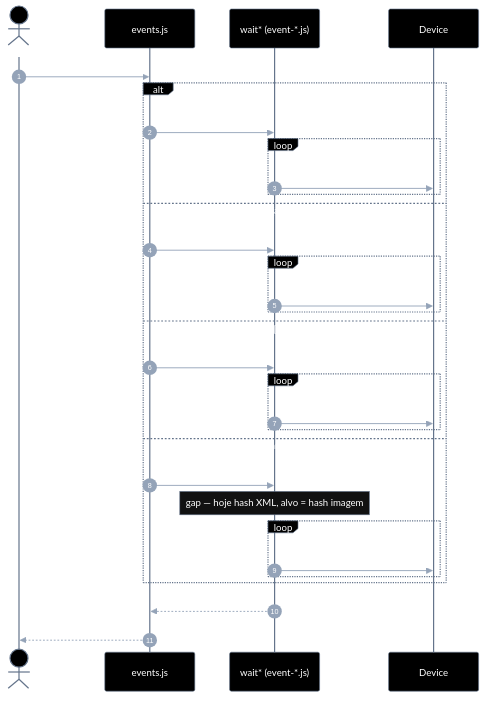
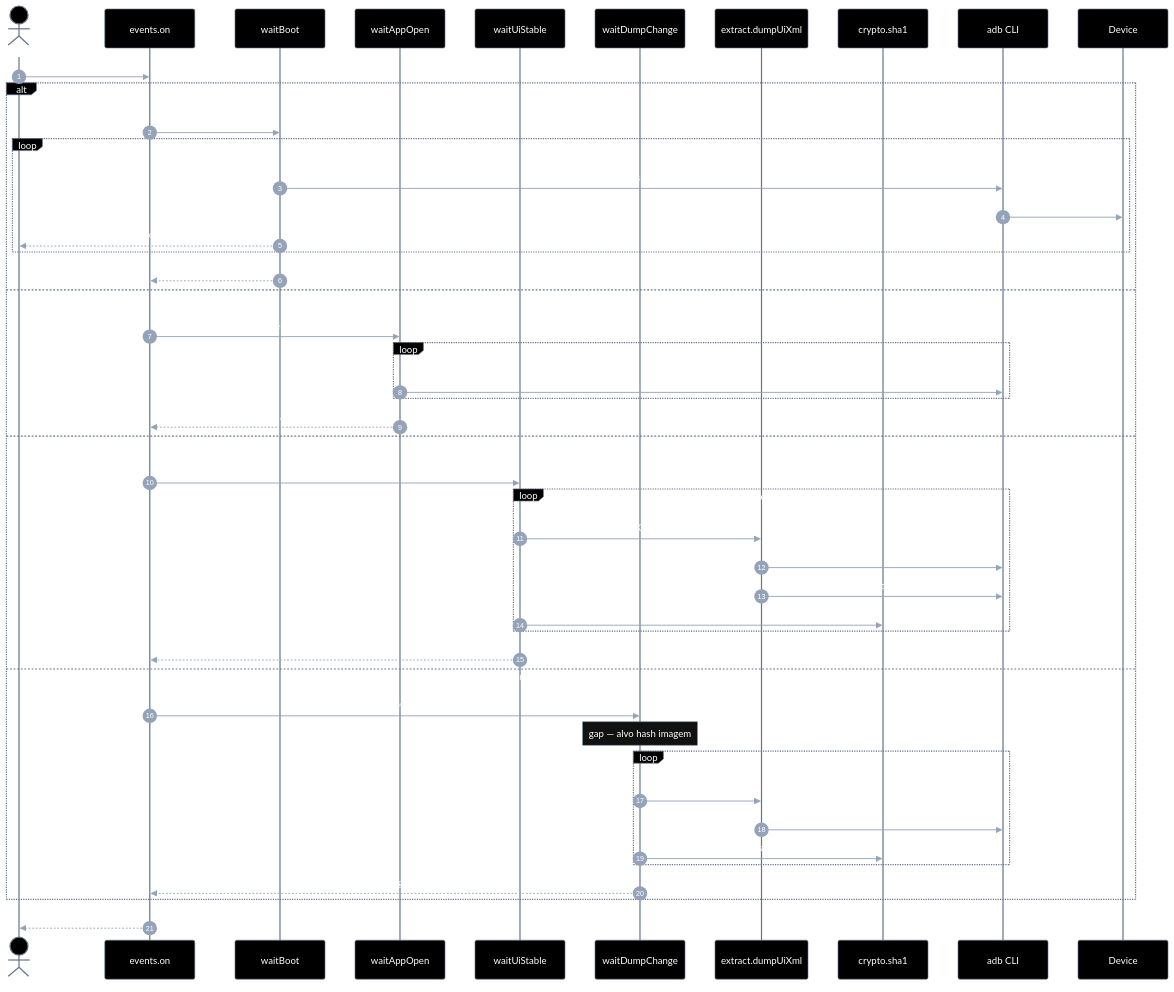
One commit to laerciogermano/workstation changed the fourth of 10 diagrams in screen-robot/arquitetura.md. Above: the diagram before and after it, drawn with Mermaid. The commit also changed other lines of this file, not shown here.

````diff
--- a/screen-robot/arquitetura.md
+++ b/screen-robot/arquitetura.md
@@ -468,59 +512,74 @@
 ```mermaid
 ---
 config:
   theme: base
   themeVariables:
     darkMode: true
     background: '#000000'
     primaryColor: '#000000'
     primaryTextColor: '#ffffff'
     primaryBorderColor: '#64748b'
     lineColor: '#64748b'
     textColor: '#ffffff'
     mainBkg: '#000000'
     actorBkg: '#000000'
     actorBorder: '#64748b'
     actorTextColor: '#ffffff'
     signalColor: '#94a3b8'
     signalTextColor: '#ffffff'
     noteBorderColor: '#64748b'
     noteBkgColor: '#111111'
     noteTextColor: '#ffffff'
-    activationBorderColor: '#64748b'
-    activationBkgColor: '#1a1a1a'
     sequenceNumberColor: '#ffffff'
     loopTextColor: '#ffffff'
 ---
 sequenceDiagram
   autonumber
   actor Caller
-  participant E as events.js
-  participant W as wait* (event-*.js)
-  participant D as Device
+  participant E as events.on
+  participant WB as waitBoot
+  participant WA as waitAppOpen
+  participant WS as waitUiStable
+  participant WD as waitDumpChange
+  participant Dump as extract.dumpUiXml
+  participant Hash as crypto.sha1
+  participant ADB as adb CLI
+  participant Dev as Device
 
   Caller->>E: on({ serial, event, … })
+
   alt boot
-    E->>W: waitBoot
+    E->>WB: waitBoot(serial, opts)
     loop poll
-      W->>D: sys.boot_completed
+      WB->>ADB: shell getprop sys.boot_completed
+      ADB->>Dev: getprop
+      WB-->>Caller: onEvent boot_poll (opc)
     end
+    WB-->>E: { boot:true }
   else app_open
-    E->>W: waitAppOpen
+    E->>WA: waitAppOpen(serial, { pkg, … })
     loop poll
-      W->>D: pidof pkg
+      WA->>ADB: shell pidof pkg (adbOk)
     end
+    WA-->>E: { foreground, package }
   else ui_stable
-    E->>W: waitUiStable
+    E->>WS: waitUiStable
     loop até hash estável stableMs
-      W->>D: uiautomator dump → SHA1
+      WS->>Dump: dumpUiXml(serial)
+      Dump->>ADB: shell uiautomator dump /sdcard/…
+      Dump->>ADB: shell cat …
+      WS->>Hash: sha1(xml)
     end
+    WS-->>E: { stable:true }
   else frame_change / dump_change
-    E->>W: waitDumpChange
-    Note over W: gap — hoje hash XML, alvo = hash imagem
+    E->>WD: waitDumpChange
+    Note over WD: gap — alvo hash imagem
     loop até hash ≠ previous
-      W->>D: dump XML
+      WD->>Dump: dumpUiXml
+      Dump->>ADB: uiautomator dump + cat
+      WD->>Hash: sha1
     end
+    WD-->>E: { xml, changed:true }
   end
-  W-->>E: resultado tipado
-  E-->>Caller: UiEventResult
+  E-->>Caller: resultado
 ```
````
